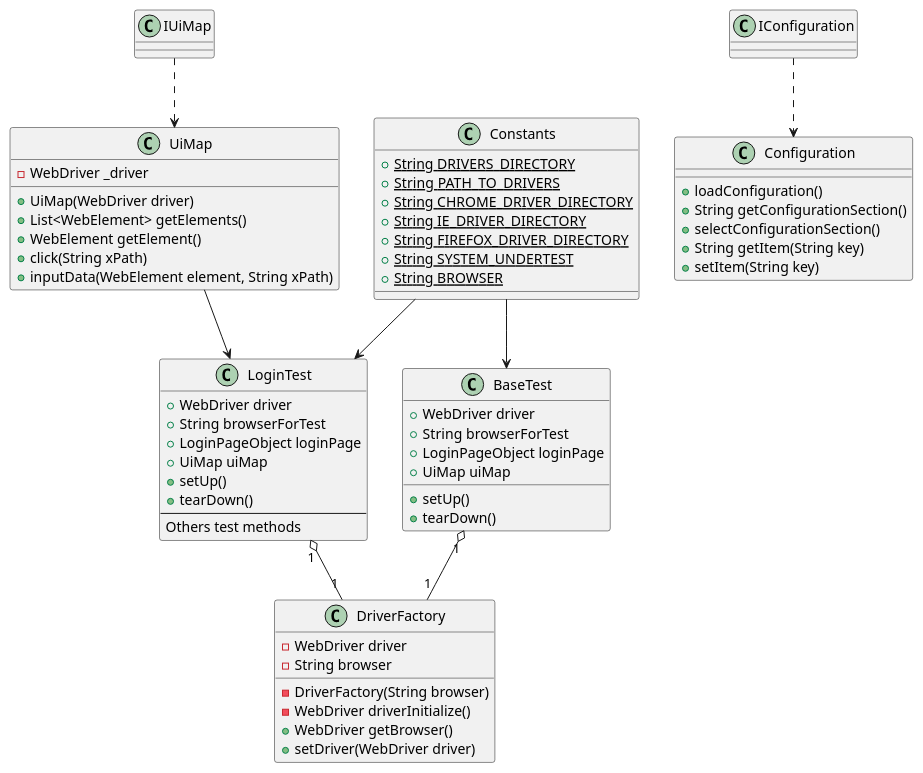
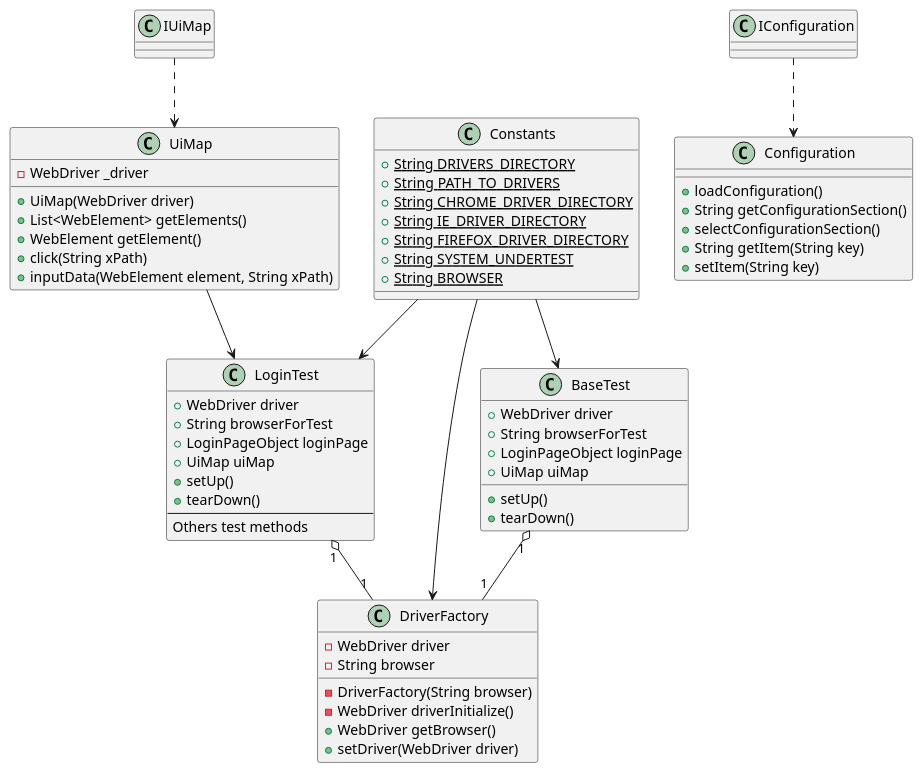
Before and after one commit to Moriceg/ATF_from_scratch_EM: the diagram in src/uml/ATF Class Diagram.puml, drawn with PlantUML. The commit also changed 2 other files, not shown here.

Commit message:
Update Class diagram. connect Constants to DriverFactory

```diff
--- a/src/uml/ATF Class Diagram.puml
+++ b/src/uml/ATF Class Diagram.puml
@@ -1,70 +1,70 @@
 @startuml
 IUiMap ..> UiMap
 
 class UiMap {
 -WebDriver _driver
 +UiMap(WebDriver driver)
 +List<WebElement> getElements()
 +WebElement getElement()
 +click(String xPath)
 +inputData(WebElement element, String xPath)
 }
 
 class DriverFactory {
 -WebDriver driver
 -String browser
 -DriverFactory(String browser)
 -WebDriver driverInitialize()
 +WebDriver getBrowser()
 +setDriver(WebDriver driver)
 }
 
 IConfiguration ..> Configuration
 class Configuration{
 +loadConfiguration()
 +String getConfigurationSection()
 +selectConfigurationSection()
 +String getItem(String key)
 +setItem(String key)
 }
 
 
 LoginTest "1" o-- "1" DriverFactory
 BaseTest "1" o-- "1" DriverFactory
 
 class Constants {
 +{static}String DRIVERS_DIRECTORY
 +{static}String PATH_TO_DRIVERS
 +{static}String CHROME_DRIVER_DIRECTORY
 +{static}String IE_DRIVER_DIRECTORY
 +{static}String FIREFOX_DRIVER_DIRECTORY
 +{static}String SYSTEM_UNDERTEST
 +{static}String BROWSER
 }
 
 class BaseTest{
 +WebDriver driver
 +String browserForTest
 +LoginPageObject loginPage
 +UiMap uiMap
 +setUp()
 +tearDown()
 }
 
 
 class LoginTest{
 +WebDriver driver
 +String browserForTest
 +LoginPageObject loginPage
 +UiMap uiMap
 +setUp()
 +tearDown()
 --
 Others test methods
 }
 
 UiMap -->  LoginTest
 Constants --> LoginTest
 Constants --> BaseTest
-
+Constants --> DriverFactory
 @enduml
```
